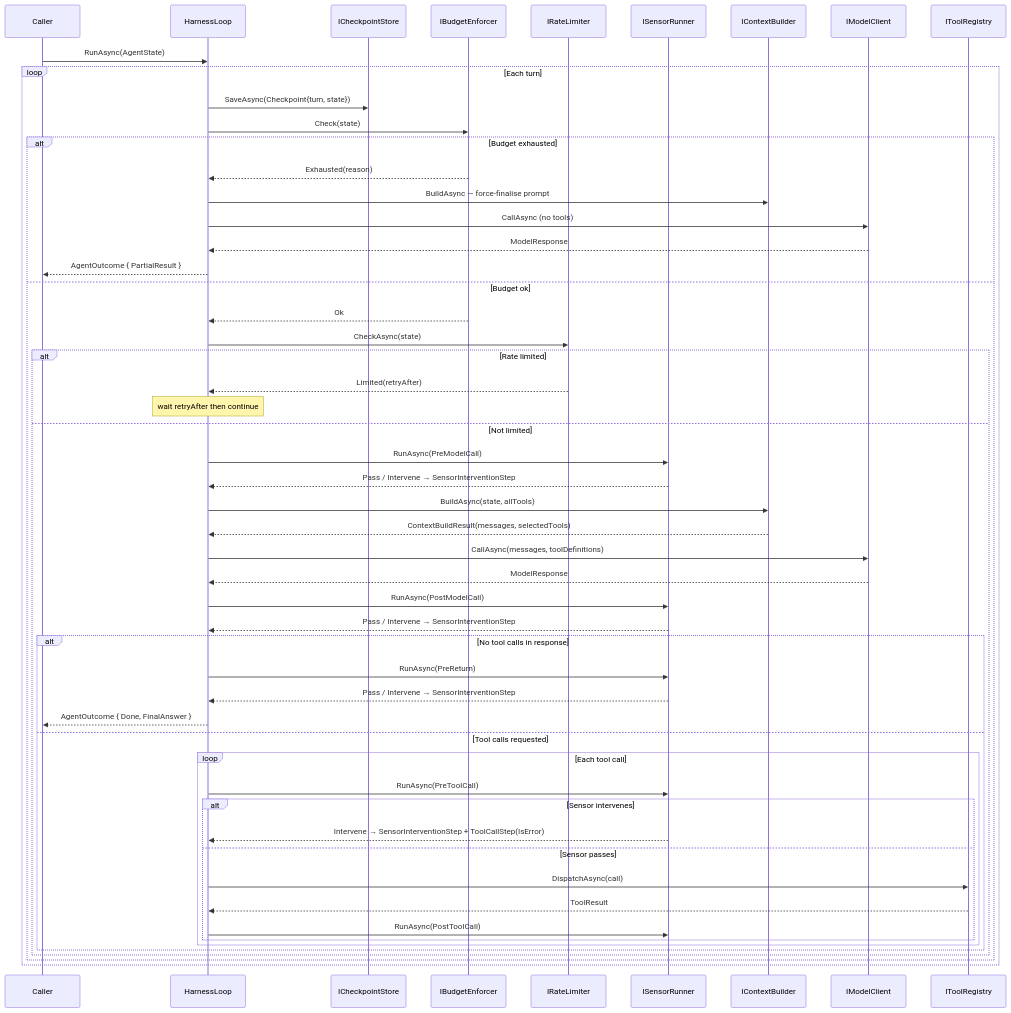
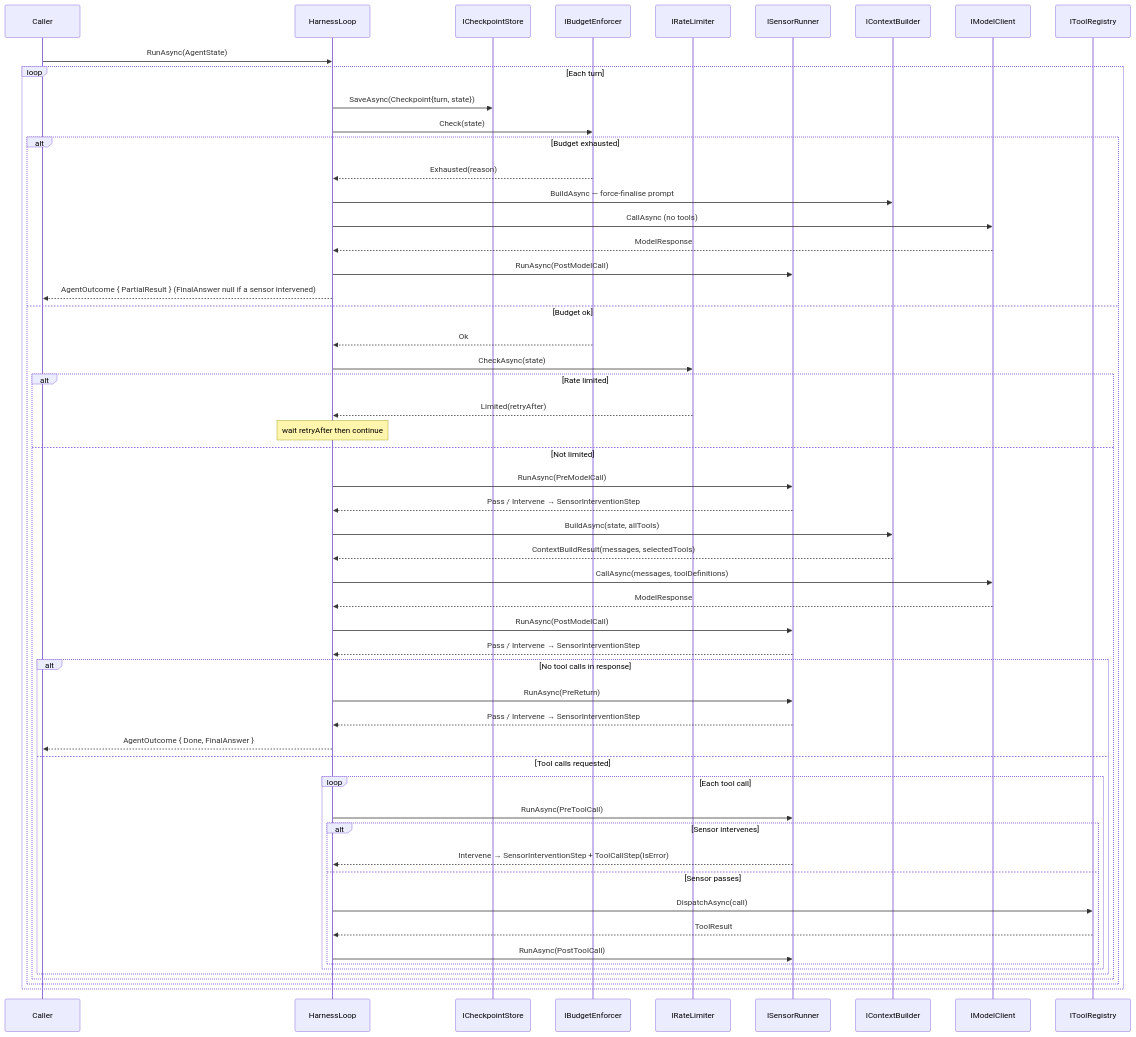
One commit to AnilKerai/model-harness changed the fourth of 4 diagrams in README.md. Above: the diagram before and after it, drawn with Mermaid. The commit also changed 6 other files, not shown here.

First line of the commit message:
fix(loop): run PostModelCall sensors on the forced-finalisation response

````diff
--- a/README.md
+++ b/README.md
@@ -250,58 +250,59 @@
 ```mermaid
 sequenceDiagram
     participant C as Caller
     participant L as HarnessLoop
     participant CP as ICheckpointStore
     participant B as IBudgetEnforcer
     participant RL as IRateLimiter
     participant S as ISensorRunner
     participant CB as IContextBuilder
     participant M as IModelClient
     participant R as IToolRegistry
 
     C->>L: RunAsync(AgentState)
 
     loop Each turn
         L->>CP: SaveAsync(Checkpoint{turn, state})
         L->>B: Check(state)
         alt Budget exhausted
             B-->>L: Exhausted(reason)
             L->>CB: BuildAsync — force-finalise prompt
             L->>M: CallAsync (no tools)
             M-->>L: ModelResponse
-            L-->>C: AgentOutcome { PartialResult }
+            L->>S: RunAsync(PostModelCall)
+            L-->>C: AgentOutcome { PartialResult } (FinalAnswer null if a sensor intervened)
         else Budget ok
             B-->>L: Ok
             L->>RL: CheckAsync(state)
             alt Rate limited
                 RL-->>L: Limited(retryAfter)
                 note over L: wait retryAfter then continue
             else Not limited
             L->>S: RunAsync(PreModelCall)
             S-->>L: Pass / Intervene → SensorInterventionStep
             L->>CB: BuildAsync(state, allTools)
             CB-->>L: ContextBuildResult(messages, selectedTools)
             L->>M: CallAsync(messages, toolDefinitions)
             M-->>L: ModelResponse
             L->>S: RunAsync(PostModelCall)
             S-->>L: Pass / Intervene → SensorInterventionStep
             alt No tool calls in response
                 L->>S: RunAsync(PreReturn)
                 S-->>L: Pass / Intervene → SensorInterventionStep
                 L-->>C: AgentOutcome { Done, FinalAnswer }
             else Tool calls requested
                 loop Each tool call
                     L->>S: RunAsync(PreToolCall)
                     alt Sensor intervenes
                         S-->>L: Intervene → SensorInterventionStep + ToolCallStep(IsError)
                     else Sensor passes
                         L->>R: DispatchAsync(call)
                         R-->>L: ToolResult
                         L->>S: RunAsync(PostToolCall)
                     end
                 end
             end
             end
         end
     end
 ```
````
